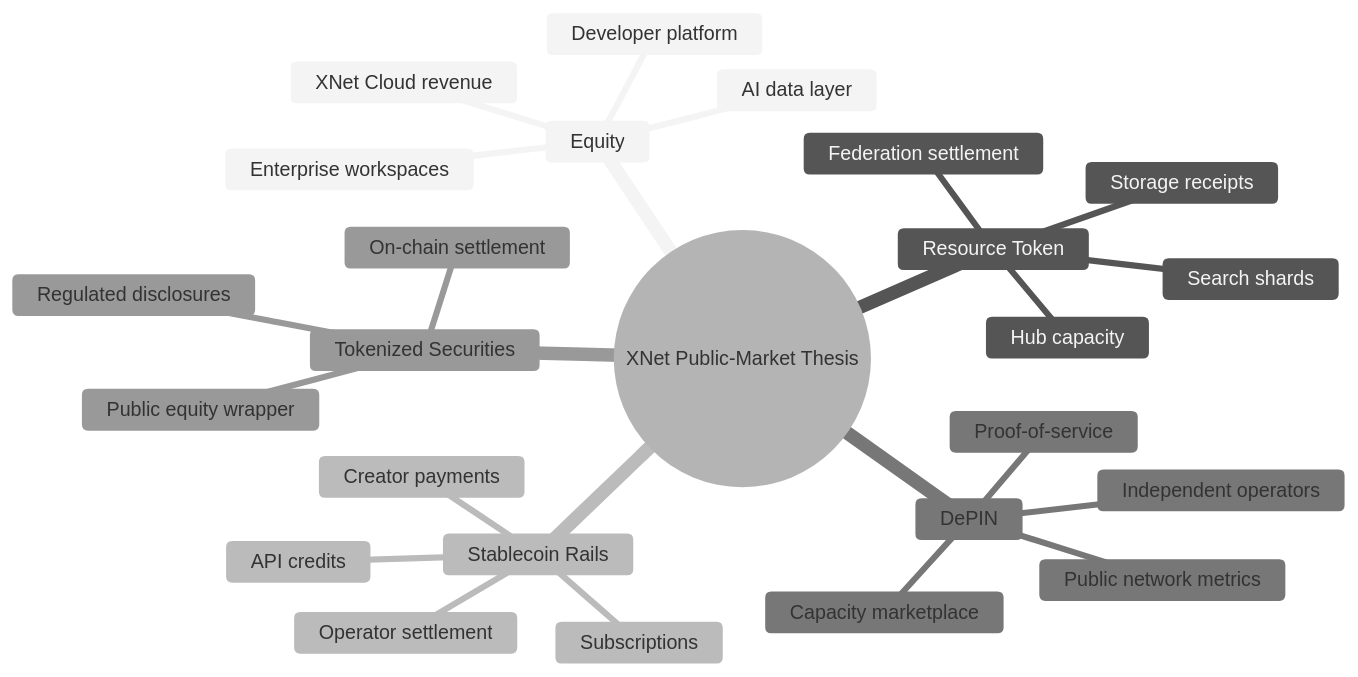
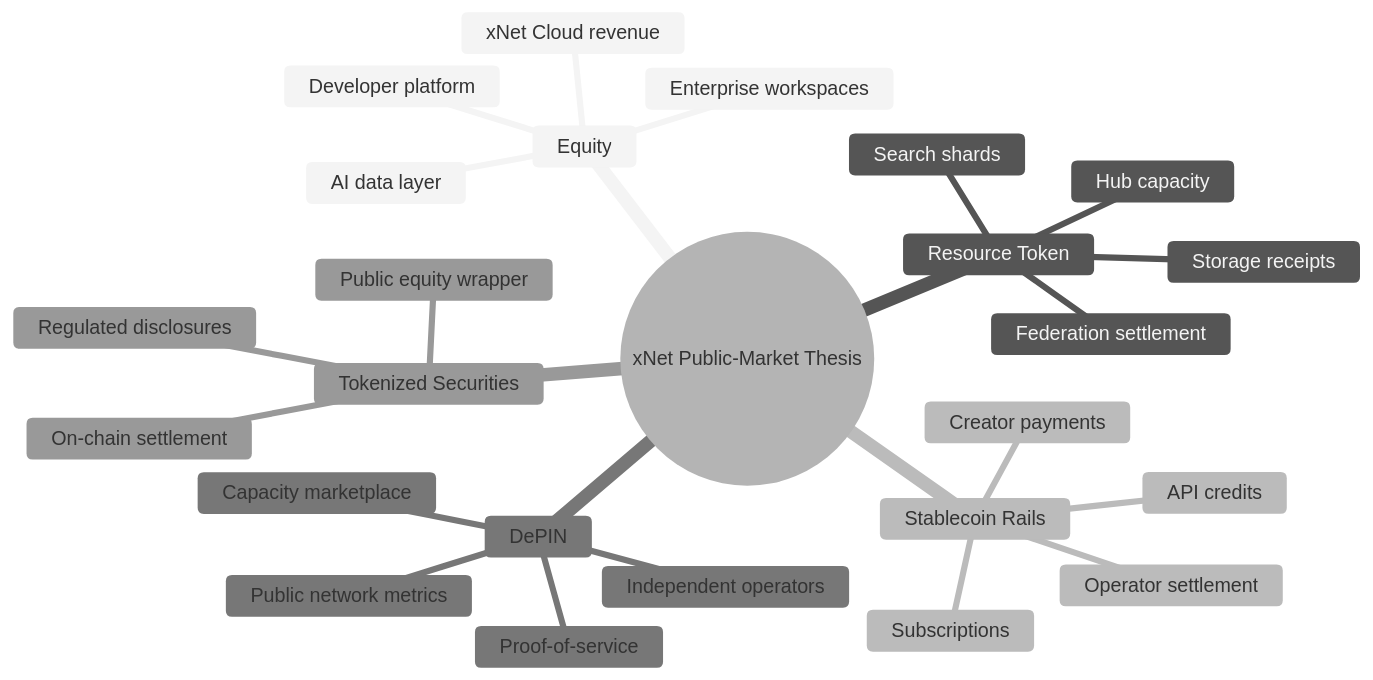
The fourth of 6 diagrams in docs/explorations/0143_[_]_WHY_MIGHT_PUBLIC_MARKETS_INVEST_IN_XNET_THINK_CRYPTO_AND_WEB3_AND_BLOCKCHAIN.md (crs48/xNet), drawn with Mermaid (neutral theme) before and after one commit. The commit also changed other lines of this file and 22 other files, not shown here.

````diff
--- a/docs/explorations/0143_[_]_WHY_MIGHT_PUBLIC_MARKETS_INVEST_IN_XNET_THINK_CRYPTO_AND_WEB3_AND_BLOCKCHAIN.md
+++ b/docs/explorations/0143_[_]_WHY_MIGHT_PUBLIC_MARKETS_INVEST_IN_XNET_THINK_CRYPTO_AND_WEB3_AND_BLOCKCHAIN.md
@@ -434,28 +434,28 @@
 ```mermaid
 mindmap
-  root((XNet Public-Market Thesis))
+  root((xNet Public-Market Thesis))
     Equity
-      XNet Cloud revenue
+      xNet Cloud revenue
       Enterprise workspaces
       Developer platform
       AI data layer
     Resource Token
       Hub capacity
       Search shards
       Storage receipts
       Federation settlement
     Stablecoin Rails
       Subscriptions
       API credits
       Creator payments
       Operator settlement
     DePIN
       Independent operators
       Proof-of-service
       Capacity marketplace
       Public network metrics
     Tokenized Securities
       Public equity wrapper
       Regulated disclosures
       On-chain settlement
 ```
````
